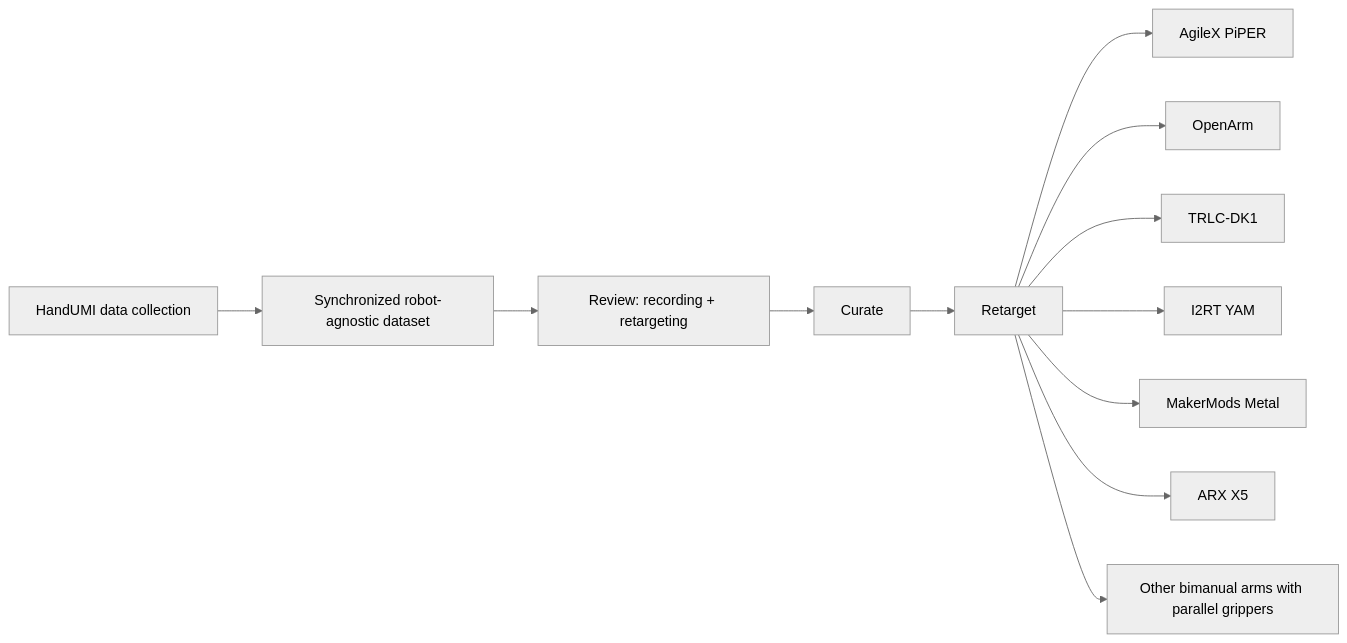
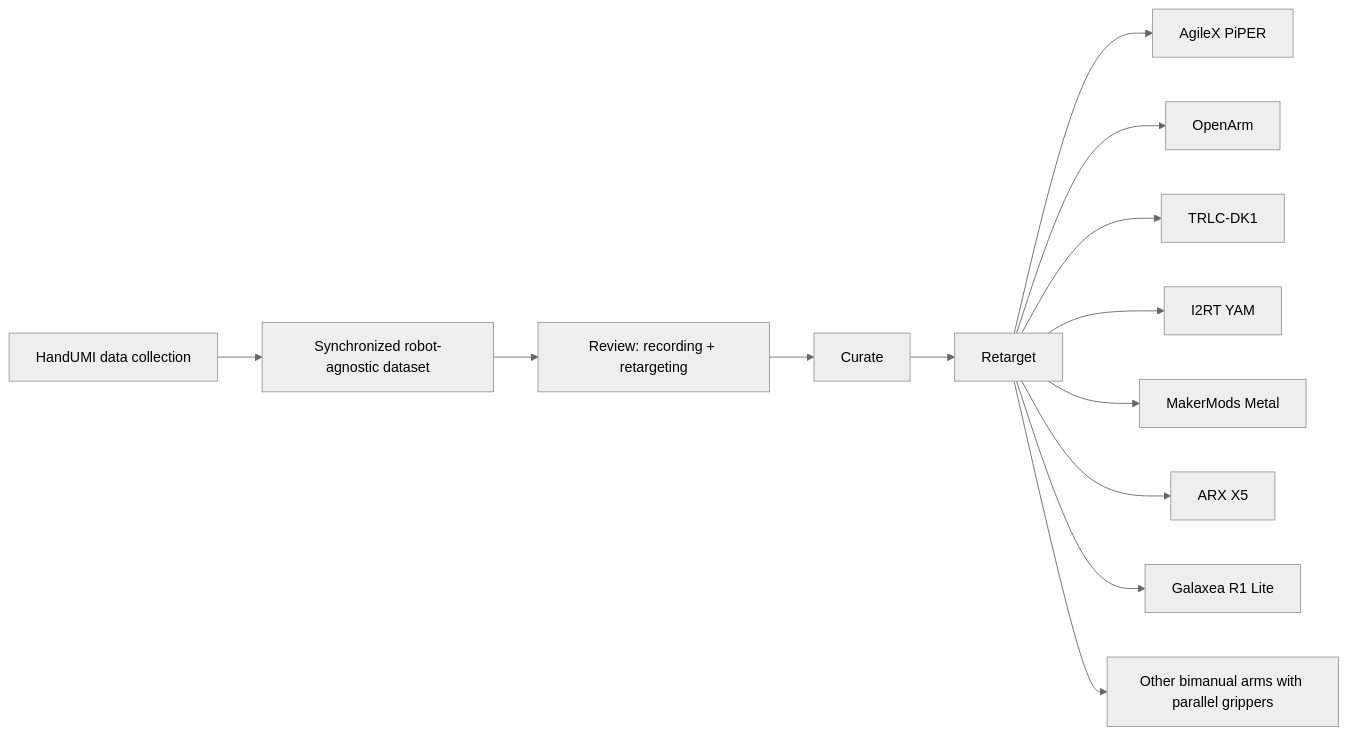
The diagram in README.md (CloudEngineHub/handumi-sw), drawn with Mermaid (neutral theme) before and after one commit. The commit also changed other lines of this file, not shown here.

````diff
--- a/README.md
+++ b/README.md
@@ -89,14 +84,15 @@
 ```mermaid
 flowchart LR
     A[HandUMI data collection] --> B[Synchronized robot-agnostic dataset]
     B --> C[Review: recording + retargeting]
     C --> K[Curate]
     K --> D[Retarget]
     D --> E[AgileX PiPER]
     D --> F[OpenArm]
     D --> G[TRLC-DK1]
     D --> H[I2RT YAM]
     D --> J[MakerMods Metal]
     D --> L[ARX X5]
+    D --> M[Galaxea R1 Lite]
     D --> I[Other bimanual arms with parallel grippers]
 ```
````
